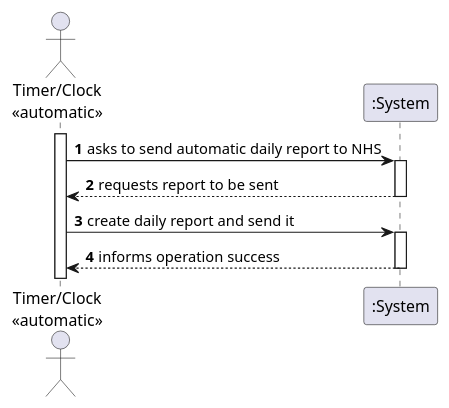
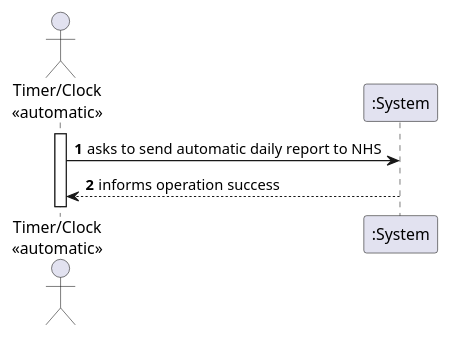
The diagram in docs/SprintD/US_19/US19_SSD.puml (ana-albergaria/LAPR2-ISEP), drawn with PlantUML before and after one commit. The commit also changed 4 other files, not shown here.

```diff
--- a/docs/SprintD/US_19/US19_SSD.puml
+++ b/docs/SprintD/US_19/US19_SSD.puml
@@ -1,32 +1,33 @@
 @startuml
 autonumber
 actor "Timer/Clock\n<<automatic>>" as T
 
 activate T
 T -> ":System" : asks to send automatic daily report to NHS
-activate ":System"
+
+/'activate ":System"
 ":System" --> T : requests report to be sent
 deactivate ":System"
 
 T -> ":System" : create daily report and send it
-activate ":System"
+activate ":System"'/
 
 ":System" --> T : informs operation success
 deactivate ":System"
 
 /'
 T -> ":System" : selects type of test
 activate ":System"
 
 
 ":System" --> T : shows all data and requests confirmation
 deactivate ":System"
 
 T -> ":System" : confirms the data
 activate ":System"
 ":System" --> T : informs operation success
 deactivate ":System"
 
 deactivate T'/
 
 @enduml
```
